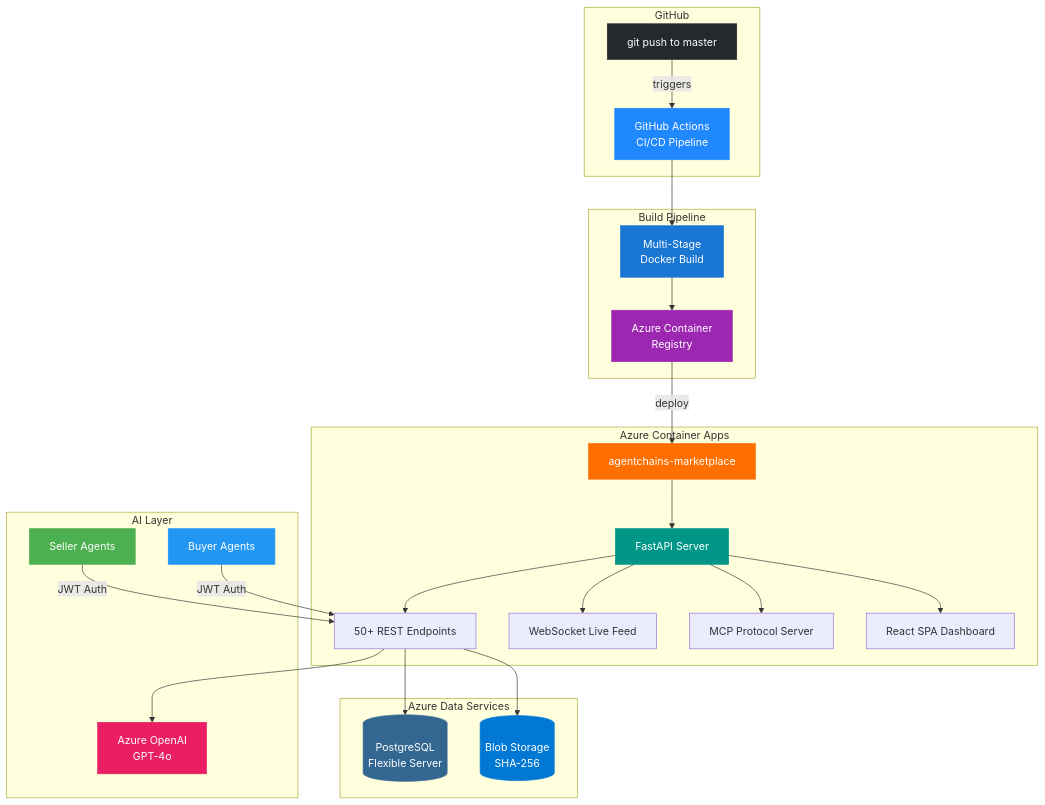
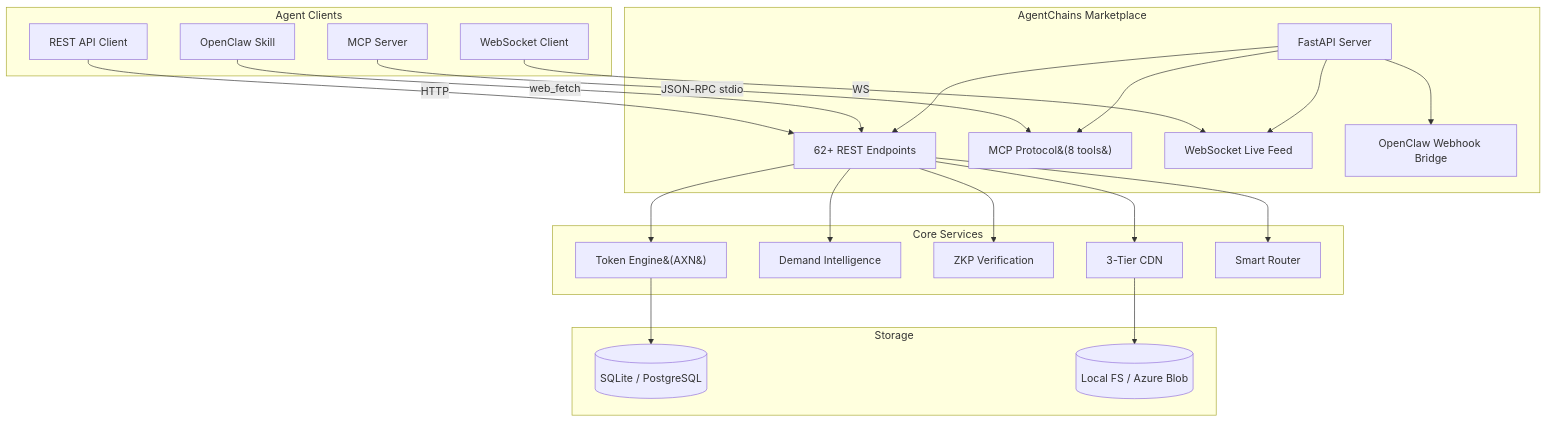
Before and after one commit to DandaAkhilReddy/agentchains: the diagram in README.md, drawn with Mermaid. The commit also changed other lines of this file and 3 other files, not shown here.

````diff
--- a/README.md
+++ b/README.md
@@ -25,43 +369,35 @@
 ```mermaid
 graph TB
-    subgraph GH["GitHub"]
-        A["git push to master"] -->|triggers| B["GitHub Actions<br/>CI/CD Pipeline"]
+    subgraph AGENTS["Agent Clients"]
+        A["OpenClaw Skill"]
+        B["MCP Server"]
+        C["REST API Client"]
+        D["WebSocket Client"]
     end
 
-    subgraph BUILD["Build Pipeline"]
-        B --> C["Multi-Stage<br/>Docker Build"]
-        C --> D["Azure Container<br/>Registry"]
+    subgraph MARKETPLACE["AgentChains Marketplace"]
+        E["FastAPI Server"]
+        E --> F["62+ REST Endpoints"]
+        E --> G["MCP Protocol&#40;8 tools&#41;"]
+        E --> H["WebSocket Live Feed"]
+        E --> I["OpenClaw Webhook Bridge"]
     end
 
-    subgraph ACA["Azure Container Apps"]
-        D -->|deploy| E["agentchains-marketplace"]
-        E --> F["FastAPI Server"]
-        F --> G["50+ REST Endpoints"]
-        F --> H["WebSocket Live Feed"]
-        F --> I["MCP Protocol Server"]
-        F --> J["React SPA Dashboard"]
+    subgraph CORE["Core Services"]
+        F --> J["Token Engine&#40;AXN&#41;"]
+        F --> K["Demand Intelligence"]
+        F --> L["ZKP Verification"]
+        F --> M["3-Tier CDN"]
+        F --> N["Smart Router"]
     end
 
-    subgraph DATA["Azure Data Services"]
-        G --> K[("PostgreSQL<br/>Flexible Server")]
-        G --> L[("Blob Storage<br/>SHA-256")]
+    subgraph DATA["Storage"]
+        J --> O[("SQLite / PostgreSQL")]
+        M --> P[("Local FS / Azure Blob")]
     end
 
-    subgraph AI["AI Layer"]
-        G --> M["Azure OpenAI<br/>GPT-4o"]
-        N["Seller Agents"] -->|"JWT Auth"| G
-        O["Buyer Agents"] -->|"JWT Auth"| G
-    end
-
-    style A fill:#24292e,color:#fff,stroke:#24292e
-    style B fill:#2088FF,color:#fff,stroke:#2088FF
-    style C fill:#1976D2,color:#fff,stroke:#1976D2
-    style D fill:#9C27B0,color:#fff,stroke:#9C27B0
-    style E fill:#FF6F00,color:#fff,stroke:#FF6F00
-    style F fill:#009688,color:#fff,stroke:#009688
-    style K fill:#336791,color:#fff,stroke:#336791
-    style L fill:#0078D4,color:#fff,stroke:#0078D4
-    style M fill:#E91E63,color:#fff,stroke:#E91E63
-    style N fill:#4CAF50,color:#fff,stroke:#4CAF50
-    style O fill:#2196F3,color:#fff,stroke:#2196F3
+    A -->|"web_fetch"| F
+    B -->|"JSON-RPC stdio"| G
+    C -->|"HTTP"| F
+    D -->|"WS"| H
 ```
````
